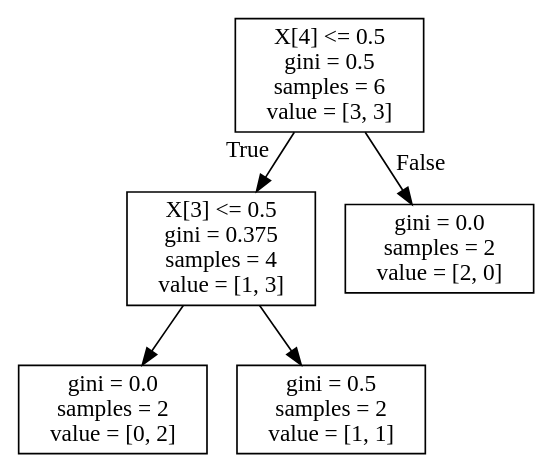
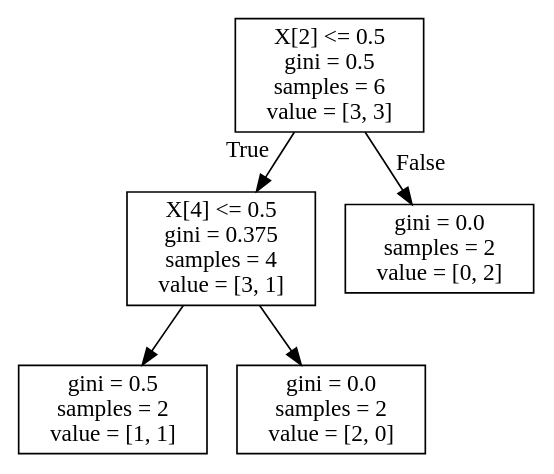
One commit to kjmj/ai-decision-tree changed the diagram in tree2.dot. Above: the diagram before and after it, drawn with Graphviz. The commit also changed 6 other files, not shown here.

```diff
--- a/tree2.dot
+++ b/tree2.dot
@@ -1,12 +1,12 @@
 digraph Tree {
 node [shape=box] ;
-0 [label="X[4] <= 0.5\ngini = 0.5\nsamples = 6\nvalue = [3, 3]"] ;
-1 [label="X[3] <= 0.5\ngini = 0.375\nsamples = 4\nvalue = [1, 3]"] ;
+0 [label="X[2] <= 0.5\ngini = 0.5\nsamples = 6\nvalue = [3, 3]"] ;
+1 [label="X[4] <= 0.5\ngini = 0.375\nsamples = 4\nvalue = [3, 1]"] ;
 0 -> 1 [labeldistance=2.5, labelangle=45, headlabel="True"] ;
-2 [label="gini = 0.0\nsamples = 2\nvalue = [0, 2]"] ;
+2 [label="gini = 0.5\nsamples = 2\nvalue = [1, 1]"] ;
 1 -> 2 ;
-3 [label="gini = 0.5\nsamples = 2\nvalue = [1, 1]"] ;
+3 [label="gini = 0.0\nsamples = 2\nvalue = [2, 0]"] ;
 1 -> 3 ;
-4 [label="gini = 0.0\nsamples = 2\nvalue = [2, 0]"] ;
+4 [label="gini = 0.0\nsamples = 2\nvalue = [0, 2]"] ;
 0 -> 4 [labeldistance=2.5, labelangle=-45, headlabel="False"] ;
 }
```
